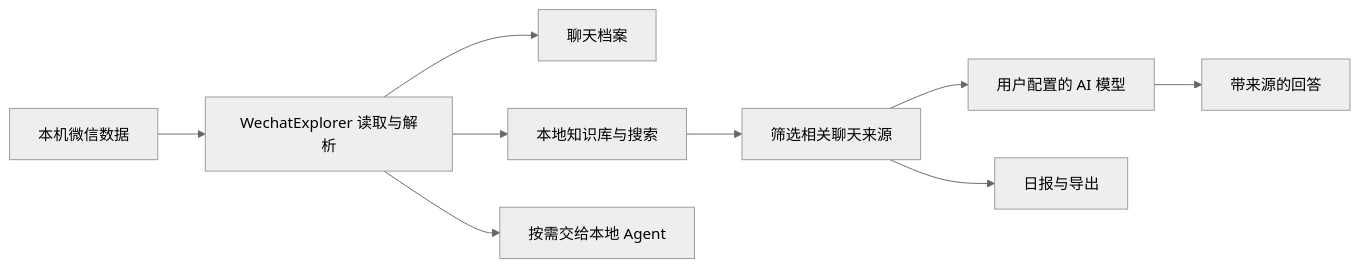
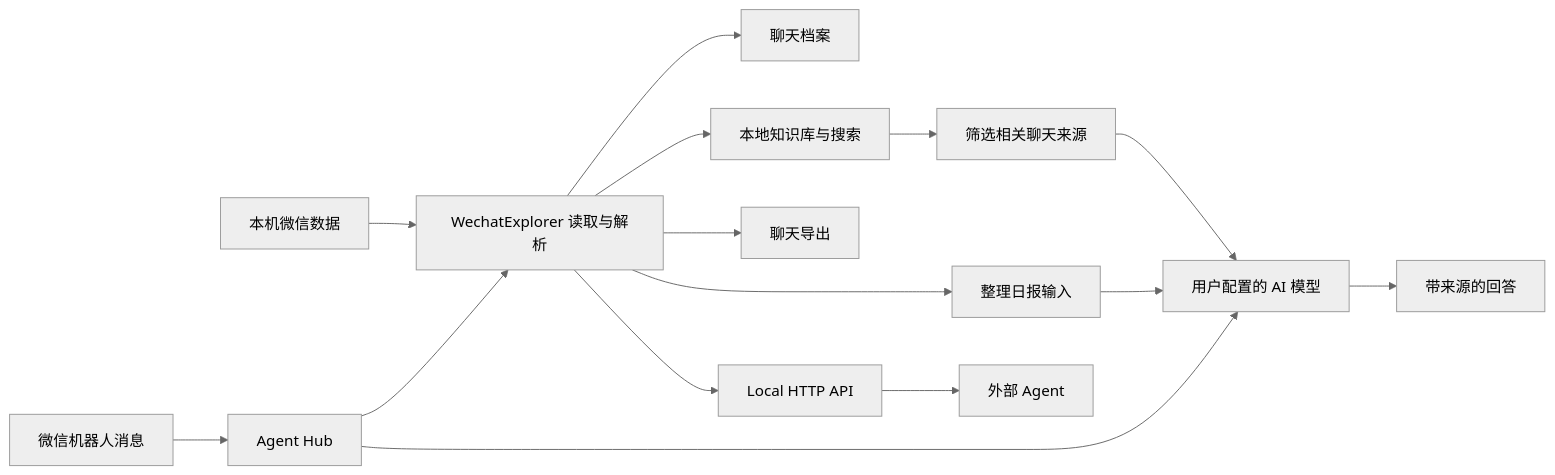
The diagram in README.md (MichaelC001/WechatExplorer), drawn with Mermaid (neutral theme) before and after one commit. The commit also changed other lines of this file and 22 other files, not shown here.

````diff
--- a/README.md
+++ b/README.md
@@ -147,11 +146,17 @@
 ```mermaid
 flowchart LR
     A[本机微信数据] --> B[WechatExplorer 读取与解析]
     B --> C[聊天档案]
     B --> D[本地知识库与搜索]
     D --> E[筛选相关聊天来源]
     E --> F[用户配置的 AI 模型]
     F --> G[带来源的回答]
-    E --> H[日报与导出]
-    B --> I[按需交给本地 Agent]
+    B --> H[整理日报输入]
+    H --> F
+    B --> I[聊天导出]
+    B --> J[Local HTTP API]
+    J --> K[外部 Agent]
+    L[微信机器人消息] --> M[Agent Hub]
+    M --> B
+    M --> F
 ```
````
